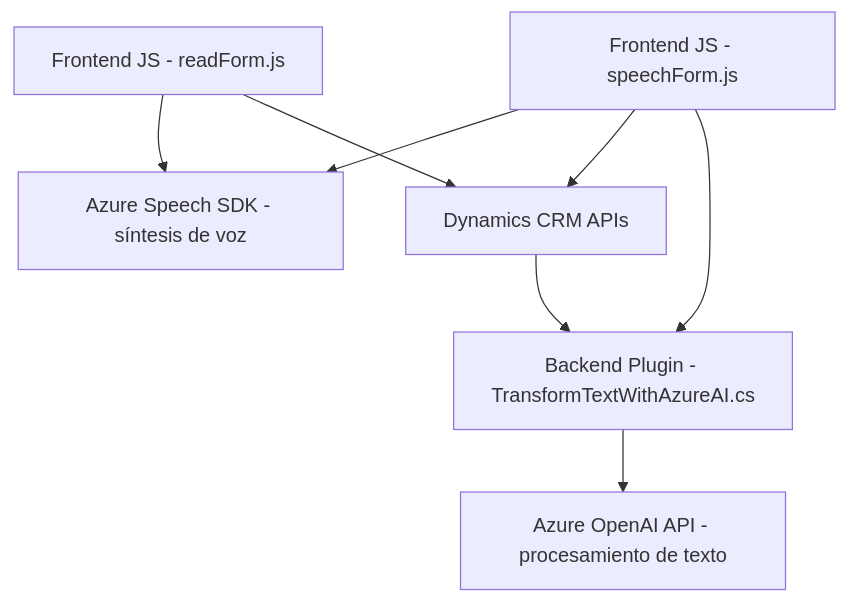
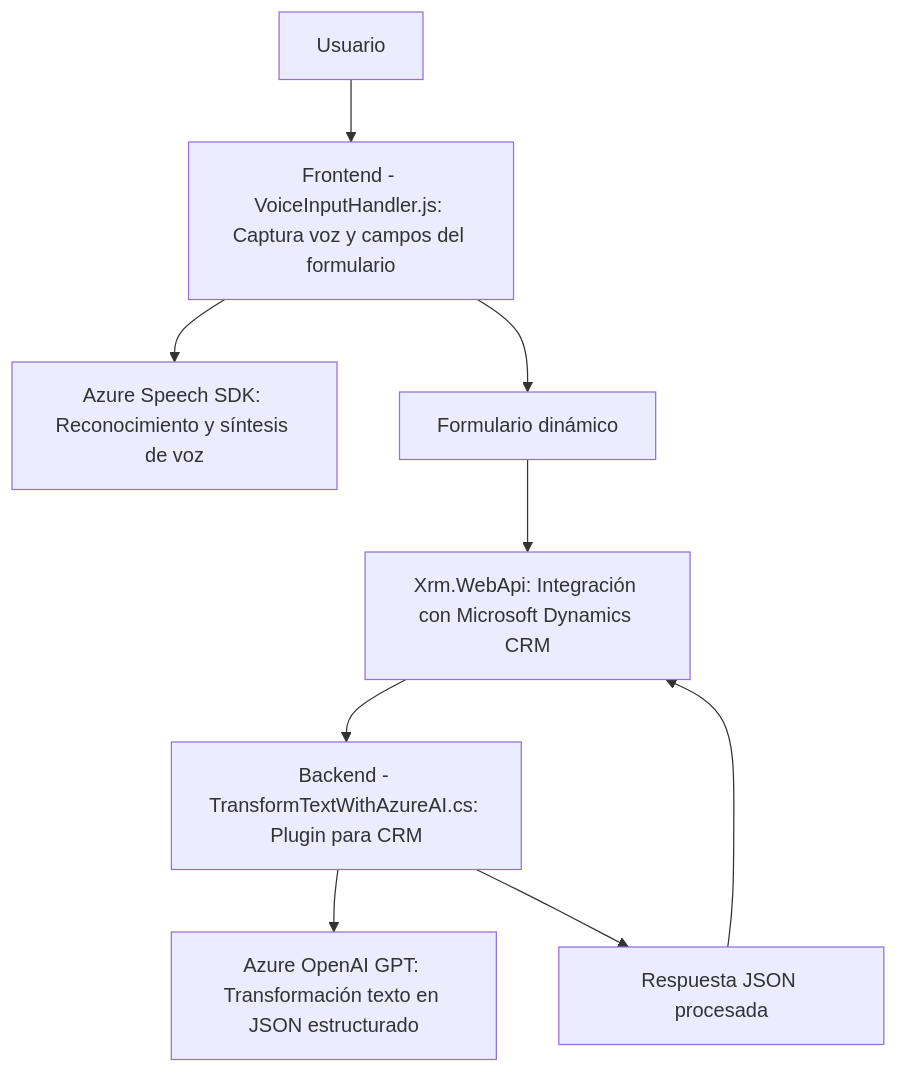
Before and after one commit to blopezdm/NETCORE_BILBAO2025: the diagram in README.md, drawn with Mermaid. The commit also changed other lines of this file, not shown here.

Commit message:
Actualizar análisis global de la solución con IA

````diff
--- a/README.md
+++ b/README.md
@@ -29,10 +49,11 @@
 ```mermaid
 graph TD
-    A["Frontend JS - readForm.js"] --> B["Azure Speech SDK - síntesis de voz"]
-    C["Frontend JS - speechForm.js"] --> B
-    C --> D["Dynamics CRM APIs"]
-    A --> D
-    E["Backend Plugin - TransformTextWithAzureAI.cs"] --> F["Azure OpenAI API - procesamiento de texto"]
-    C --> E
-    D --> E
+    A["Usuario"] --> B["Frontend - VoiceInputHandler.js: Captura voz y campos del formulario"]
+    B --> C["Azure Speech SDK: Reconocimiento y síntesis de voz"]
+    B --> D["Formulario dinámico"]
+    D --> E["Xrm.WebApi: Integración con Microsoft Dynamics CRM"]
+    E --> F["Backend - TransformTextWithAzureAI.cs: Plugin para CRM"]
+    F --> G["Azure OpenAI GPT: Transformación texto en JSON estructurado"]
+    F --> H["Respuesta JSON procesada"]
+    H --> E
 ```
````
